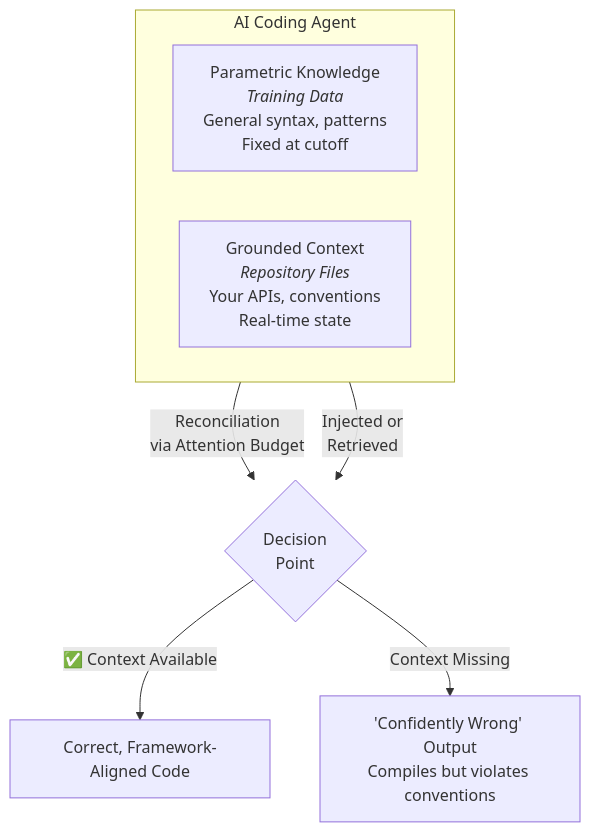
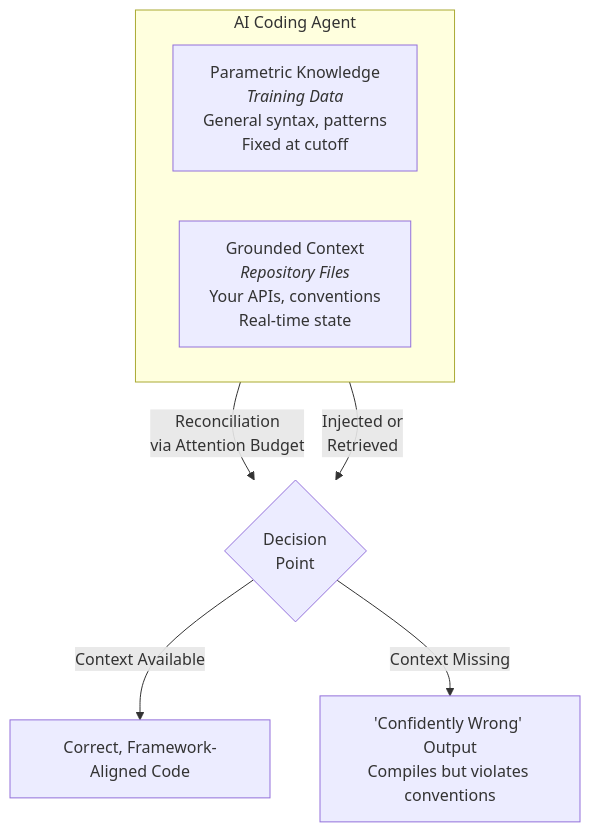
One commit to HipsterZipster/context-management-presentation changed the sixth of 23 diagrams in context-engineering-tech-talk.md. Above: the diagram before and after it, drawn with Mermaid. The commit also changed other lines of this file and 50 other files, not shown here.

````diff
--- a/context-engineering-tech-talk.md
+++ b/context-engineering-tech-talk.md
@@ -40,15 +165,15 @@
 ```mermaid
 graph TB
     subgraph Agent["AI Coding Agent"]
         direction LR
         PK["Parametric Knowledge<br/><i>Training Data</i><br/>General syntax, patterns<br/>Fixed at cutoff"]
         GC["Grounded Context<br/><i>Repository Files</i><br/>Your APIs, conventions<br/>Real-time state"]
     end
 
     PK -->|"Reconciliation<br/>via Attention Budget"| Decision{"Decision<br/>Point"}
     GC -->|"Injected or<br/>Retrieved"| Decision
 
-    Decision -->|"✅ Context Available"| Good["Correct, Framework-Aligned Code"]
+    Decision -->|"Context Available"| Good["Correct, Framework-Aligned Code"]
     Decision -->|"Context Missing"| Bad["'Confidently Wrong' Output<br/>Compiles but violates conventions"]
 
 ```
````
